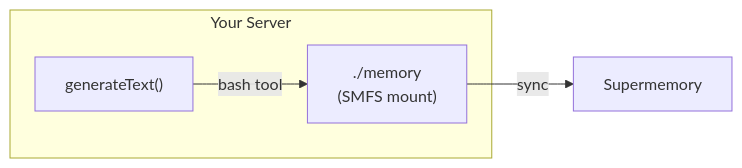
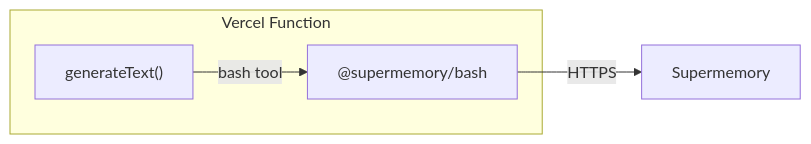
The second of 2 diagrams in apps/docs/smfs/providers/vercel.mdx (supermemoryai/supermemory), drawn with Mermaid before and after one commit. The commit also changed other lines of this file and 3 other files, not shown here.

````diff
--- a/apps/docs/smfs/providers/vercel.mdx
+++ b/apps/docs/smfs/providers/vercel.mdx
@@ -33,7 +39,7 @@
 ```mermaid
 graph LR
-    subgraph Your Server
-        AI["generateText()"] -->|"bash tool"| Mount["./memory\n(SMFS mount)"]
+    subgraph Vercel Function
+        AI["generateText()"] -->|"bash tool"| Bash["@supermemory/bash"]
     end
-    Mount -->|sync| SM["Supermemory"]
+    Bash -->|HTTPS| SM["Supermemory"]
 ```
````
